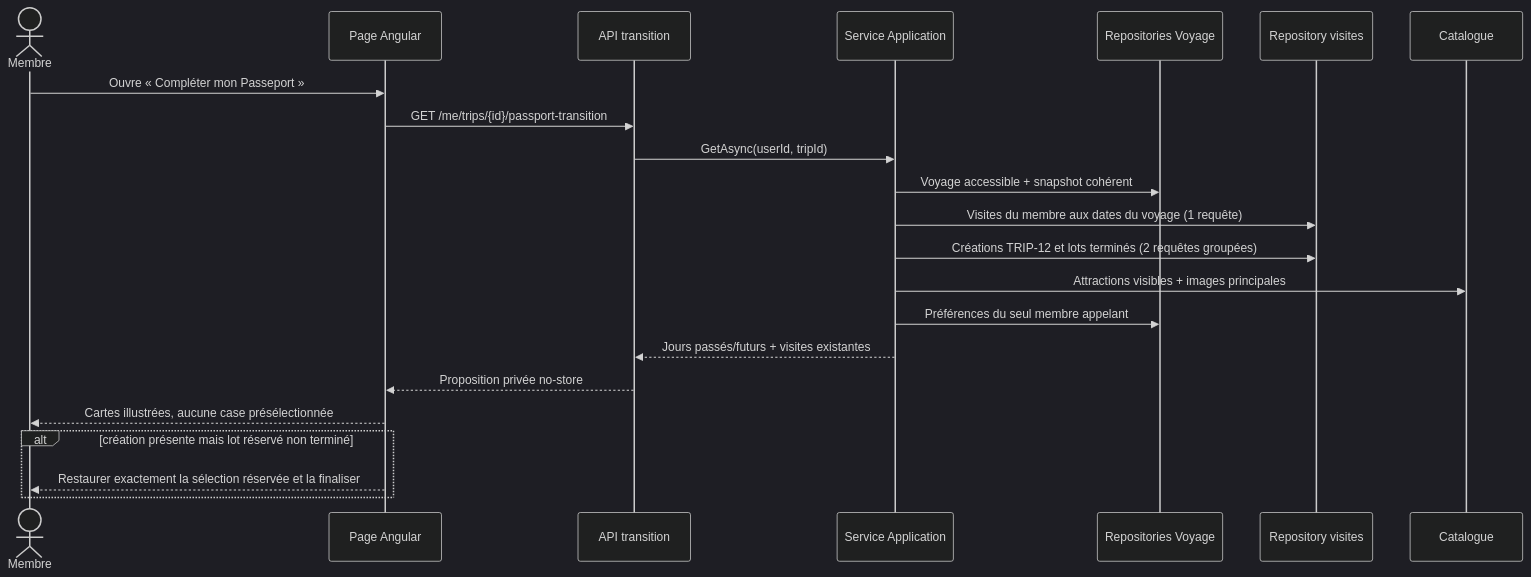
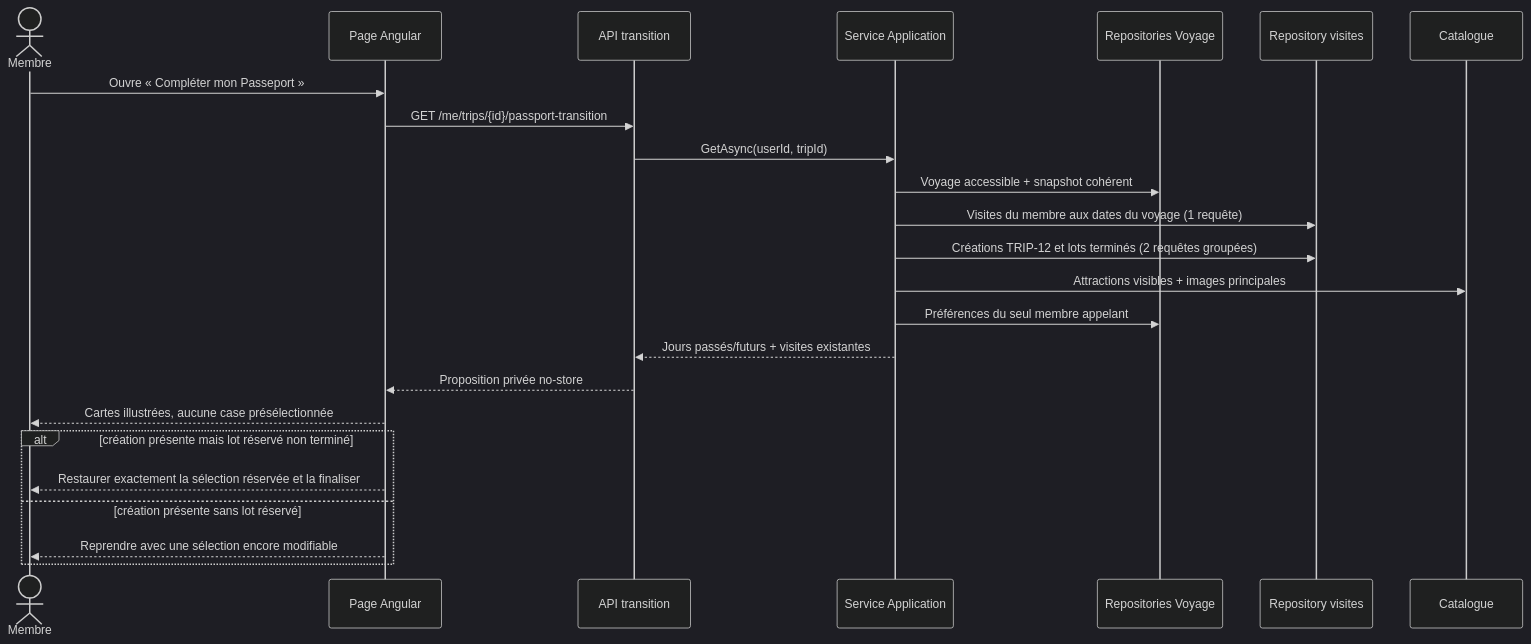
Before and after one commit to Ced59/AmusementParkProject: the third of 5 diagrams in docs/architecture/product-growth-trip-12-passport-transition-2026-09-25.md, drawn with Mermaid (dark theme). The commit also changed other lines of this file and 11 other files, not shown here.

````diff
--- a/docs/architecture/product-growth-trip-12-passport-transition-2026-09-25.md
+++ b/docs/architecture/product-growth-trip-12-passport-transition-2026-09-25.md
@@ -179,26 +183,28 @@
 ```mermaid
 sequenceDiagram
     actor M as Membre
     participant UI as Page Angular
     participant API as API transition
     participant APP as Service Application
     participant TRIP as Repositories Voyage
     participant PASS as Repository visites
     participant CAT as Catalogue
 
     M->>UI: Ouvre « Compléter mon Passeport »
     UI->>API: GET /me/trips/{id}/passport-transition
     API->>APP: GetAsync(userId, tripId)
     APP->>TRIP: Voyage accessible + snapshot cohérent
     APP->>PASS: Visites du membre aux dates du voyage (1 requête)
     APP->>PASS: Créations TRIP-12 et lots terminés (2 requêtes groupées)
     APP->>CAT: Attractions visibles + images principales
     APP->>TRIP: Préférences du seul membre appelant
     APP-->>API: Jours passés/futurs + visites existantes
     API-->>UI: Proposition privée no-store
     UI-->>M: Cartes illustrées, aucune case présélectionnée
 
     alt création présente mais lot réservé non terminé
       UI-->>M: Restaurer exactement la sélection réservée et la finaliser
+    else création présente sans lot réservé
+      UI-->>M: Reprendre avec une sélection encore modifiable
     end
 ```
````
